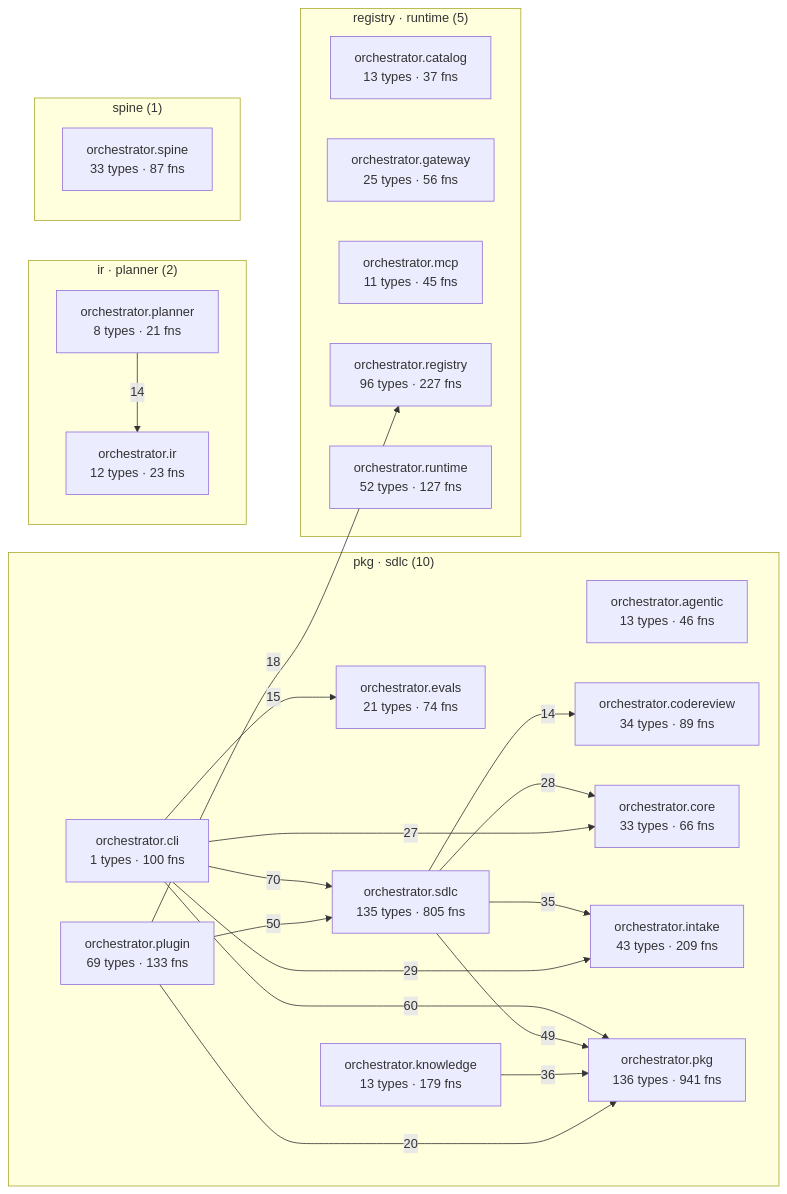
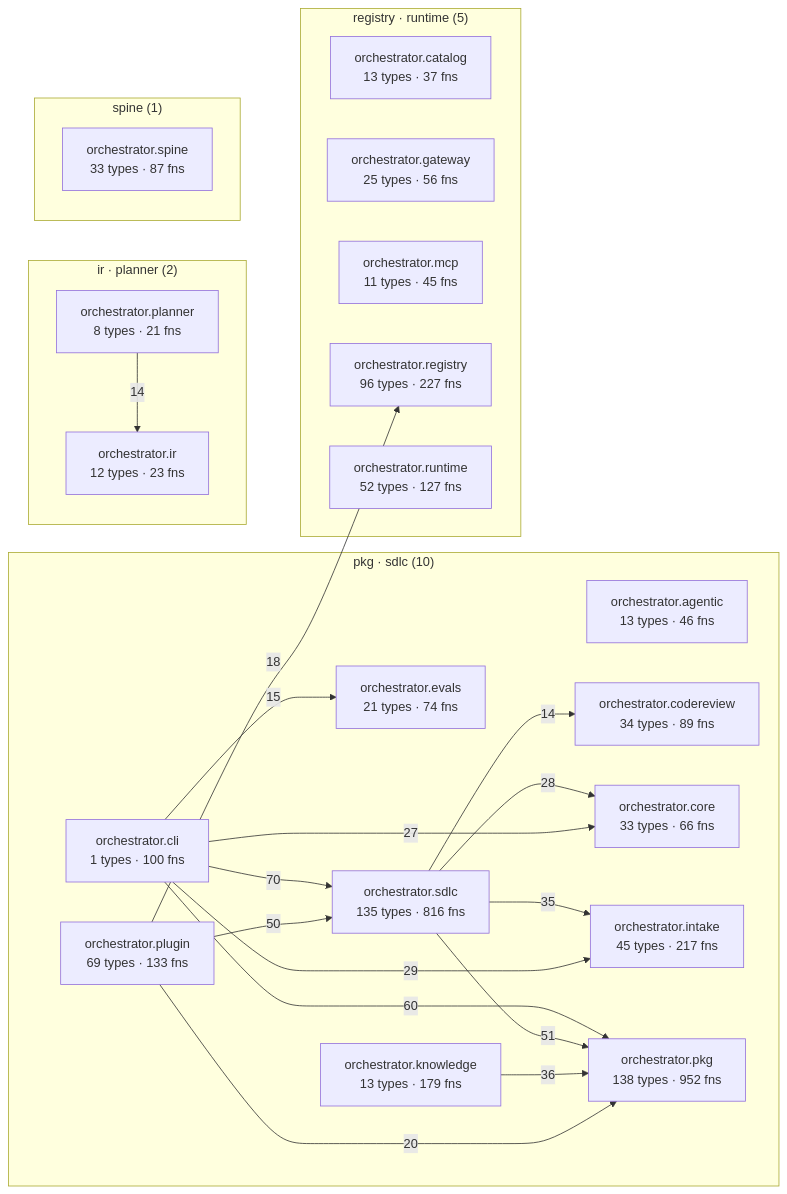
The diagram in episteme/architecture.md (palakupadhyay23/spine), drawn with Mermaid before and after one commit. The commit also changed other lines of this file and 38 other files, not shown here.

````diff
--- a/episteme/architecture.md
+++ b/episteme/architecture.md
@@ -54,43 +54,43 @@
 ```mermaid
 flowchart LR
   subgraph c_2["pkg · sdlc (10)"]
     aorchestratoragentic["orchestrator.agentic<br/>13 types · 46 fns"]
     aorchestratorcli["orchestrator.cli<br/>1 types · 100 fns"]
     aorchestratorcodereview["orchestrator.codereview<br/>34 types · 89 fns"]
     aorchestratorcore["orchestrator.core<br/>33 types · 66 fns"]
     aorchestratorevals["orchestrator.evals<br/>21 types · 74 fns"]
-    aorchestratorintake["orchestrator.intake<br/>43 types · 209 fns"]
+    aorchestratorintake["orchestrator.intake<br/>45 types · 217 fns"]
     aorchestratorknowledge["orchestrator.knowledge<br/>13 types · 179 fns"]
-    aorchestratorpkg["orchestrator.pkg<br/>136 types · 941 fns"]
+    aorchestratorpkg["orchestrator.pkg<br/>138 types · 952 fns"]
     aorchestratorplugin["orchestrator.plugin<br/>69 types · 133 fns"]
-    aorchestratorsdlc["orchestrator.sdlc<br/>135 types · 805 fns"]
+    aorchestratorsdlc["orchestrator.sdlc<br/>135 types · 816 fns"]
   end
   subgraph c_4["registry · runtime (5)"]
     aorchestratorcatalog["orchestrator.catalog<br/>13 types · 37 fns"]
     aorchestratorgateway["orchestrator.gateway<br/>25 types · 56 fns"]
     aorchestratormcp["orchestrator.mcp<br/>11 types · 45 fns"]
     aorchestratorregistry["orchestrator.registry<br/>96 types · 227 fns"]
     aorchestratorruntime["orchestrator.runtime<br/>52 types · 127 fns"]
   end
   subgraph c_7["ir · planner (2)"]
     aorchestratorir["orchestrator.ir<br/>12 types · 23 fns"]
     aorchestratorplanner["orchestrator.planner<br/>8 types · 21 fns"]
   end
   subgraph c_12["spine (1)"]
     aorchestratorspine["orchestrator.spine<br/>33 types · 87 fns"]
   end
   aorchestratorcli -->|70| aorchestratorsdlc
   aorchestratorcli -->|60| aorchestratorpkg
+  aorchestratorsdlc -->|51| aorchestratorpkg
   aorchestratorplugin -->|50| aorchestratorsdlc
-  aorchestratorsdlc -->|49| aorchestratorpkg
   aorchestratorknowledge -->|36| aorchestratorpkg
   aorchestratorsdlc -->|35| aorchestratorintake
   aorchestratorcli -->|29| aorchestratorintake
   aorchestratorsdlc -->|28| aorchestratorcore
   aorchestratorcli -->|27| aorchestratorcore
   aorchestratorplugin -->|20| aorchestratorpkg
   aorchestratorplugin -->|18| aorchestratorregistry
   aorchestratorcli -->|15| aorchestratorevals
   aorchestratorplanner -->|14| aorchestratorir
   aorchestratorsdlc -->|14| aorchestratorcodereview
 ```
````
